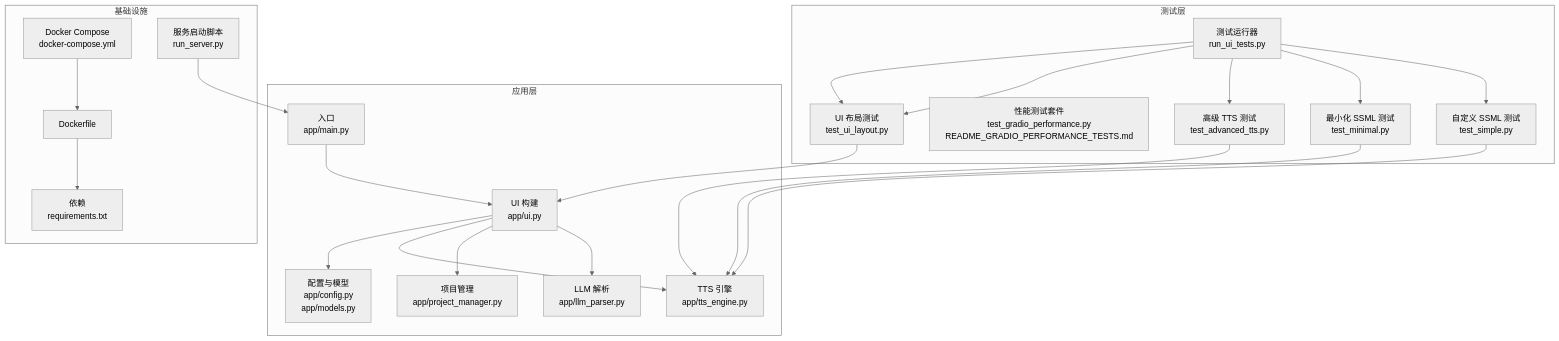
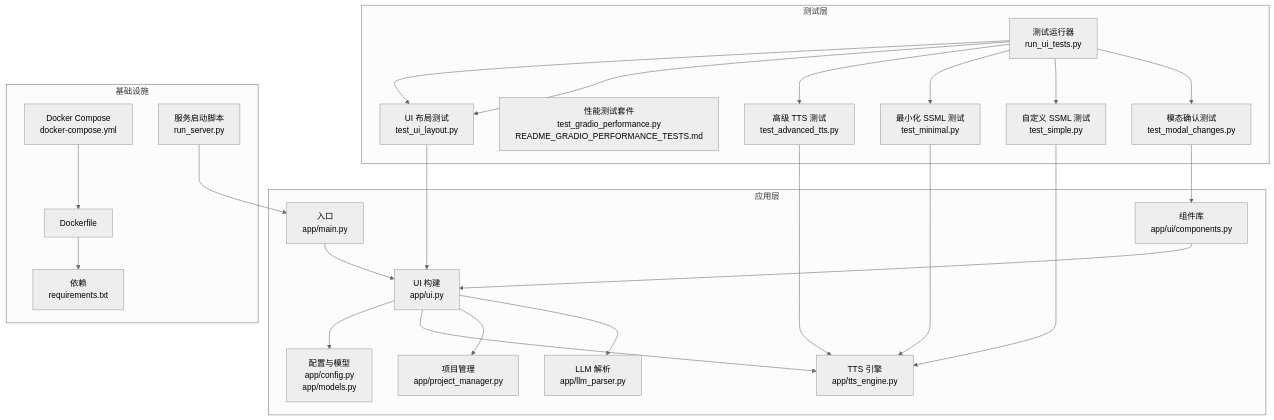
One commit to sdjeny/tts-studio changed the first of 7 diagrams in .qoder/repowiki/zh/content/测试与质量保证/测试与质量保证.md. Above: the diagram before and after it, drawn with Mermaid (neutral theme). The commit also changed other lines of this file and 10 other files, not shown here.

````diff
--- a/.qoder/repowiki/zh/content/测试与质量保证/测试与质量保证.md
+++ b/.qoder/repowiki/zh/content/测试与质量保证/测试与质量保证.md
@@ -42,42 +48,47 @@
 ```mermaid
 graph TB
 subgraph "测试层"
 TR["测试运行器<br/>run_ui_tests.py"]
 TU["UI 布局测试<br/>test_ui_layout.py"]
 TP["性能测试套件<br/>test_gradio_performance.py<br/>README_GRADIO_PERFORMANCE_TESTS.md"]
 TA["高级 TTS 测试<br/>test_advanced_tts.py"]
 TM["最小化 SSML 测试<br/>test_minimal.py"]
 TS["自定义 SSML 测试<br/>test_simple.py"]
+TMC["模态确认测试<br/>test_modal_changes.py"]
 end
 subgraph "应用层"
 UI["UI 构建<br/>app/ui.py"]
+COMP["组件库<br/>app/ui/components.py"]
 CFG["配置与模型<br/>app/config.py<br/>app/models.py"]
 ENG["TTS 引擎<br/>app/tts_engine.py"]
 PM["项目管理<br/>app/project_manager.py"]
 LLM["LLM 解析<br/>app/llm_parser.py"]
 MAIN["入口<br/>app/main.py"]
 end
 subgraph "基础设施"
 DC["Docker Compose<br/>docker-compose.yml"]
 DF["Dockerfile"]
 REQ["依赖<br/>requirements.txt"]
 RS["服务启动脚本<br/>run_server.py"]
 end
 TR --> TU
 TR --> TU
 TR --> TA
 TR --> TM
 TR --> TS
+TR --> TMC
 TU --> UI
+TMC --> COMP
 TA --> ENG
 TM --> ENG
 TS --> ENG
 UI --> CFG
 UI --> ENG
 UI --> PM
 UI --> LLM
+COMP --> UI
 MAIN --> UI
 DC --> DF
 DF --> REQ
 RS --> MAIN
 ```
````
